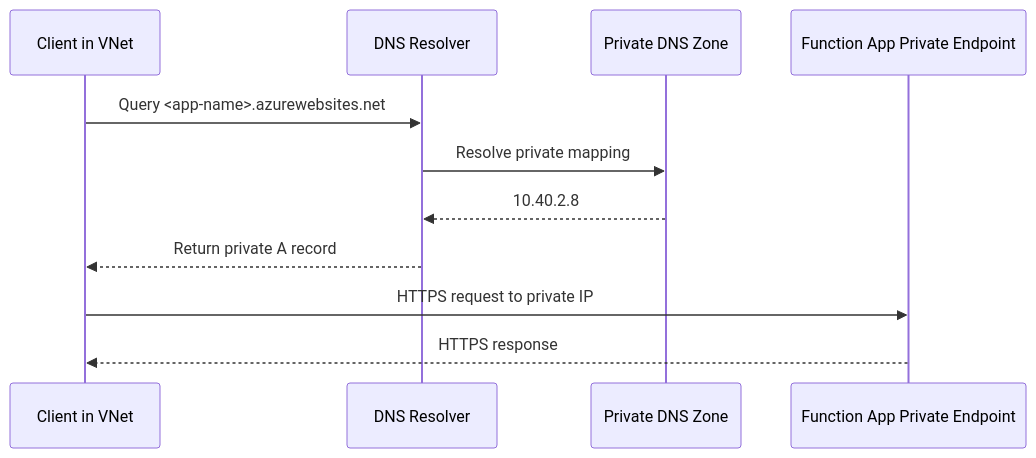
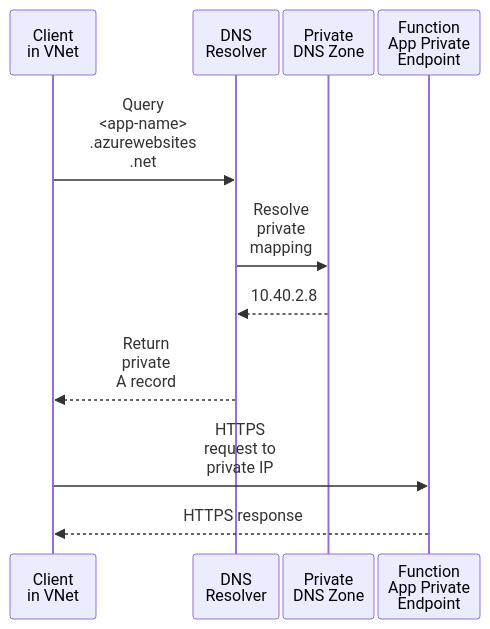
One commit to yeongseon/azure-functions-practical-guide changed the fifth of 5 diagrams in docs/platform/networking.md. Above: the diagram before and after it, drawn with Mermaid. The commit also changed other lines of this file and 2 other files, not shown here.

Commit message:
docs(diagrams): clarify Functions networking decision flow, reference architecture and DNS sequence (#568)

````diff
--- a/docs/platform/networking.md
+++ b/docs/platform/networking.md
@@ -437,15 +437,16 @@
 ```mermaid
+%%{init: {"sequence":{"width":86,"actorMargin":4,"diagramMarginX":2,"messageMargin":30}}}%%
 sequenceDiagram
     accTitle: Private DNS resolution followed by an HTTPS exchange
     accDescr: Illustrative sequence retains the VNet client, DNS resolver, private DNS zone and Function App private endpoint. The resolver returns an illustrative private A record; the client then connects to that private IP using `<app-name>.azurewebsites.net` as the HTTPS hostname and receives a response.
-    participant C as Client in VNet
-    participant R as DNS Resolver
-    participant Z as Private DNS Zone
-    participant P as Function App Private Endpoint
-    C->>R: Query <app-name>.azurewebsites.net
-    R->>Z: Resolve private mapping
+    participant C as Client<br/>in VNet
+    participant R as DNS<br/>Resolver
+    participant Z as Private<br/>DNS Zone
+    participant P as Function<br/>App Private<br/>Endpoint
+    C->>R: Query<br/>#lt;app-name#gt;<br/>.azurewebsites<br/>.net
+    R->>Z: Resolve<br/>private<br/>mapping
     Z-->>R: 10.40.2.8
-    R-->>C: Return private A record
-    C->>P: HTTPS request to private IP
+    R-->>C: Return<br/>private<br/>A record
+    C->>P: HTTPS<br/>request to<br/>private IP
     P-->>C: HTTPS response
 ```
````
